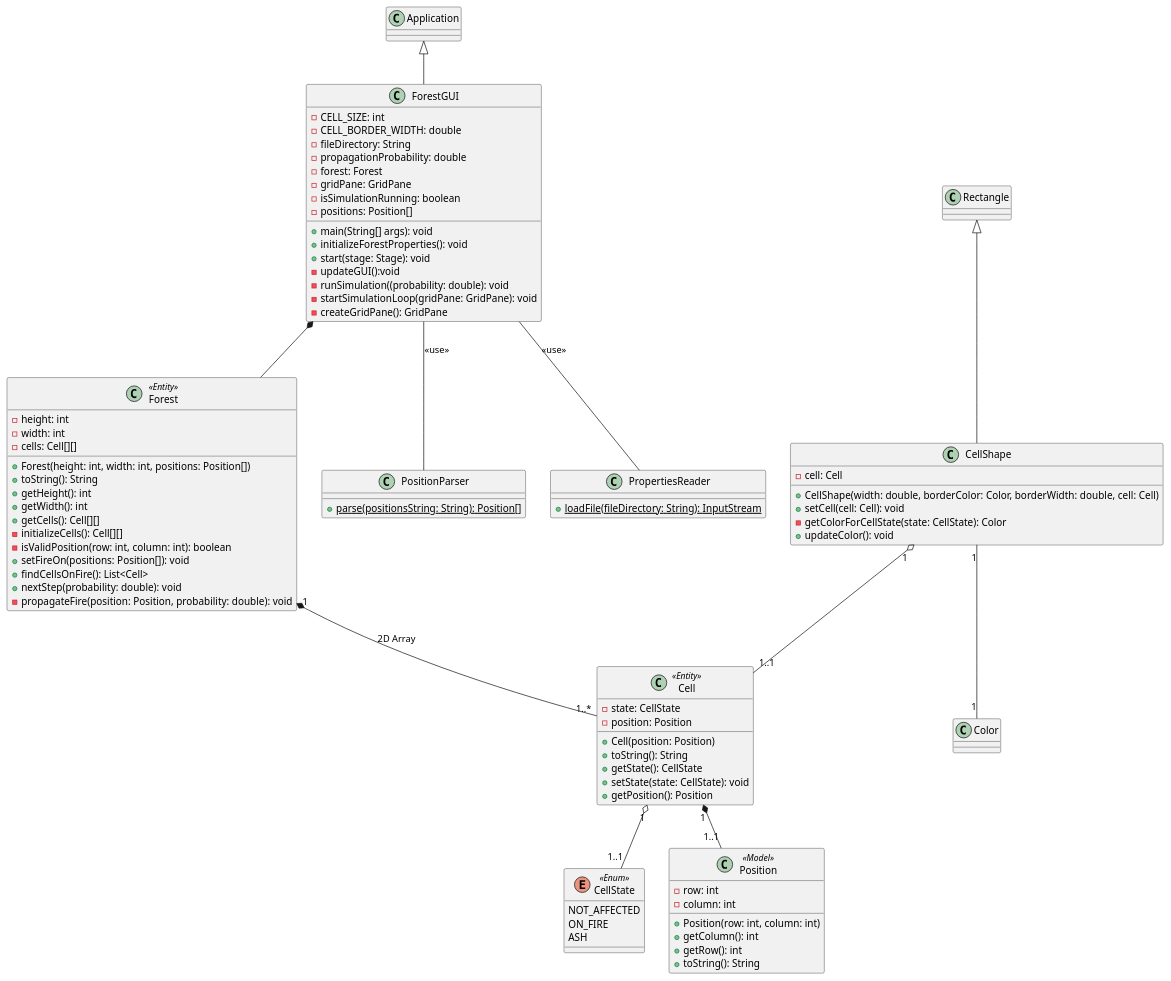
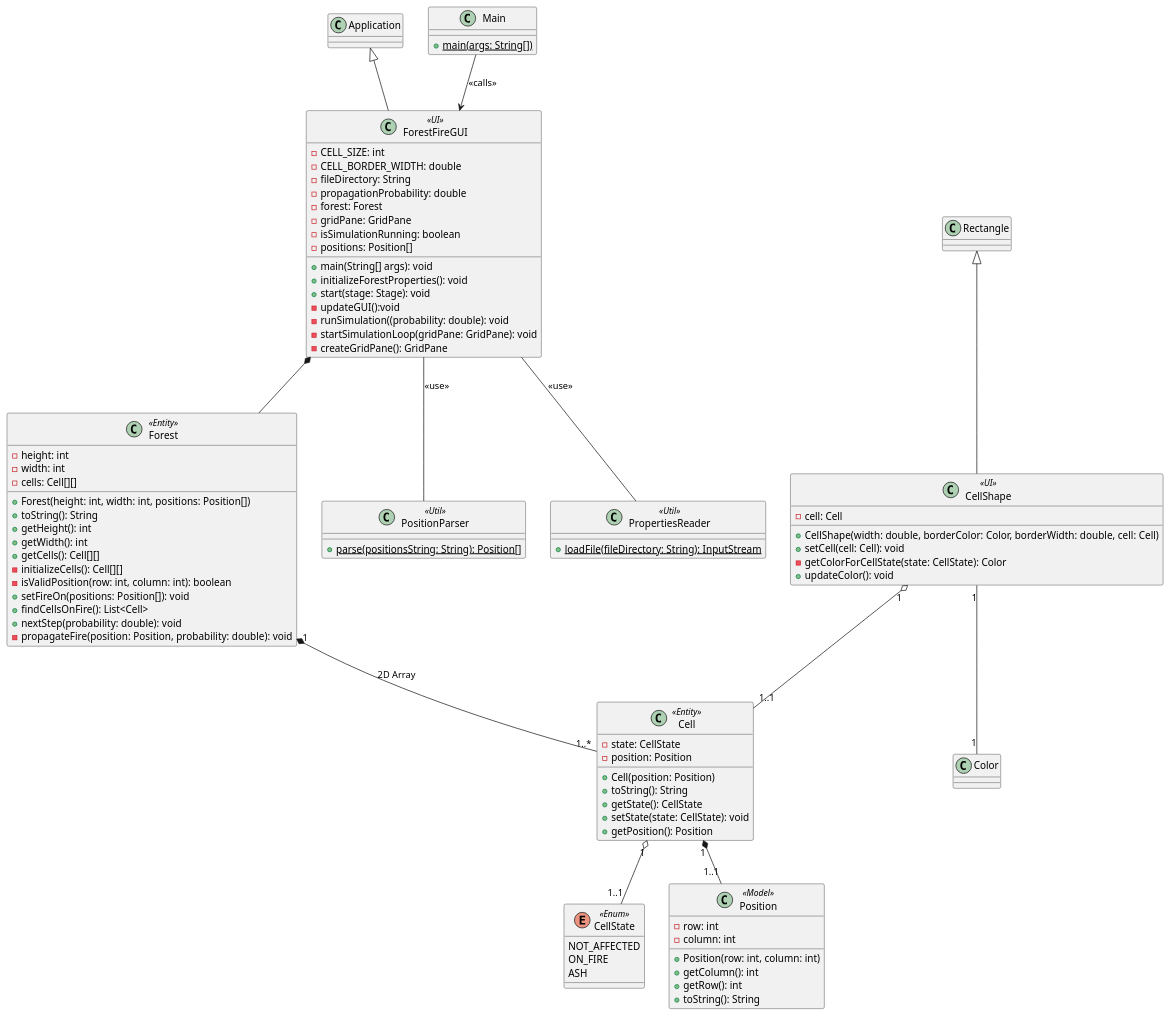
The diagram in FireForest.puml (NourJihene/ForestFire), drawn with PlantUML before and after one commit. The commit also changed 1 other file, not shown here.

Commit message:
Updating the PlantUML

```diff
--- a/FireForest.puml
+++ b/FireForest.puml
@@ -1,96 +1,100 @@
 @startuml
 'https://plantuml.com/class-diagram
 
 class Application{}
 class Rectangle{}
 
 class Cell <<Entity>>{
 - state: CellState
 - position: Position
 
 + Cell(position: Position)
 + toString(): String
 + getState(): CellState
 + setState(state: CellState): void
 + getPosition(): Position
     }
 
 class Forest <<Entity>>{
 - height: int
 - width: int
 - cells: Cell[][]
 
 + Forest(height: int, width: int, positions: Position[])
 + toString(): String
 + getHeight(): int
 + getWidth(): int
 + getCells(): Cell[][]
 - initializeCells(): Cell[][]
 - isValidPosition(row: int, column: int): boolean
 + setFireOn(positions: Position[]): void
 + findCellsOnFire(): List<Cell>
 + nextStep(probability: double): void
 - propagateFire(position: Position, probability: double): void
 }
 
 enum CellState <<Enum>>{
         NOT_AFFECTED
         ON_FIRE
         ASH
     }
 class Position <<Model>>{
 - row: int
 - column: int
 
 + Position(row: int, column: int)
 + getColumn(): int
 + getRow(): int
 + toString(): String
     }
 
-class CellShape{
+class CellShape <<UI>>{
  - cell: Cell
 
  + CellShape(width: double, borderColor: Color, borderWidth: double, cell: Cell)
  + setCell(cell: Cell): void
  - getColorForCellState(state: CellState): Color
  + updateColor(): void
  }
 
-class PositionParser{
+class PositionParser <<Util>>{
 + {static} parse(positionsString: String): Position[]
 }
-class PropertiesReader{
+class PropertiesReader <<Util>>{
 +{static} loadFile(fileDirectory: String): InputStream
 }
- class ForestGUI{
+ class ForestFireGUI <<UI>>{
 - CELL_SIZE: int
 - CELL_BORDER_WIDTH: double
 - fileDirectory: String
 - propagationProbability: double
 - forest: Forest
 - gridPane: GridPane
 - isSimulationRunning: boolean
 - positions: Position[]
 
 + main(String[] args): void
 + initializeForestProperties(): void
 + start(stage: Stage): void
 - updateGUI():void
 - runSimulation((probability: double): void
 - startSimulationLoop(gridPane: GridPane): void
 - createGridPane(): GridPane
  }
+class Main{
++{static} main(args: String[])
+}
 
 
 Forest "1" *-- "1..*"   Cell : 2D Array
 Cell "1" o-- "1..1" CellState
 Cell "1" *-- "1..1" Position
 Rectangle <|-- CellShape
 CellShape "1"-- "1" Color
 CellShape "1" o-- "1..1" Cell
-Application <|-- ForestGUI
-ForestGUI -- PositionParser : <<use>>
-ForestGUI -- PropertiesReader : <<use>>
-ForestGUI  *--  Forest
+Application <|-- ForestFireGUI
+ForestFireGUI -- PositionParser : <<use>>
+ForestFireGUI -- PropertiesReader : <<use>>
+ForestFireGUI  *--  Forest
+Main --> ForestFireGUI : <<calls>>
 @enduml
```
